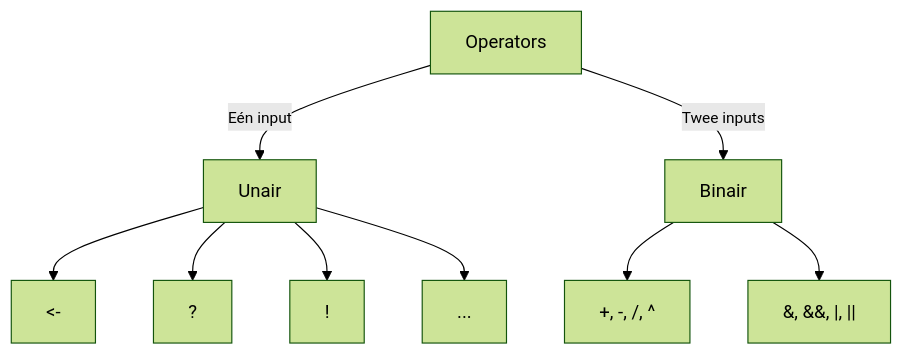
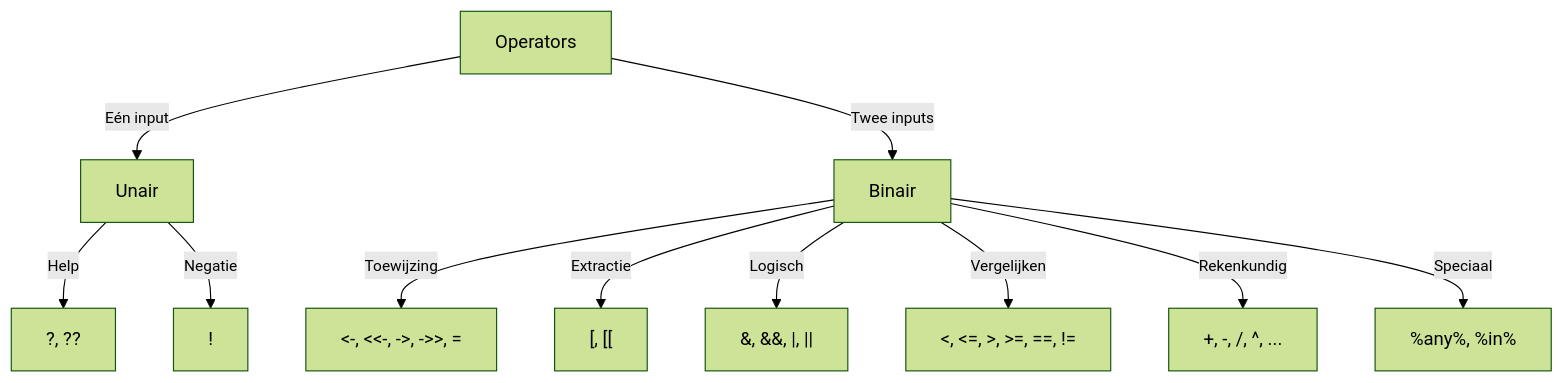
Before and after one commit to DataIMLabs/RShinyIntroduction: the second of 2 diagrams in mod1_variables.qmd, drawn with Mermaid (forest theme). The commit also changed other lines of this file and 37 other files, not shown here.

````diff
--- a/mod1_variables.qmd
+++ b/mod1_variables.qmd
@@ -43,11 +407,13 @@
 ```{mermaid}
 flowchart TD
    X[Operators] --> |<small>Eén input</small>| U[Unair]
    X --> |<small>Twee inputs</small>|B[Binair]
-   U --> A["<-"]
-   U --> H["?"]
-   U --> N["!"]
-   U --> S["..."]
-   B --> AR["+, -, /, ^"]
-   B --> LO["&, &&, |, ||"]
+   U --> |<small>Help</small>|H["?, ??"]
+   U --> |<small>Negatie</small>|N["!"] 
+   B --> |<small>Toewijzing</small>|A["<-, <<-, ->, ->>, ="]
+   B --> |<small>Extractie</small>|EX["[, [["]
+   B --> |<small>Logisch</small>|LO["&, &&, |, ||"]
+   B --> |<small>Vergelijken</small>|COM["<, <=, >, >=, ==, !="]
+   B --> |<small>Rekenkundig</small>|AR["+, -, /, ^, ..."]
+   B --> |<small>Speciaal</small>|CUST["%any%, %in%"]
 ```
````
